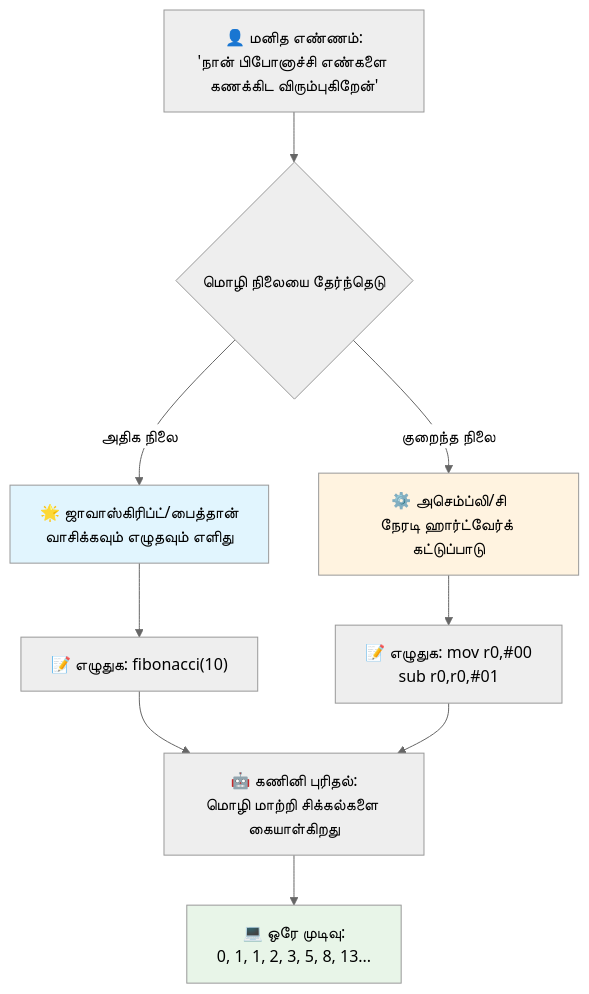
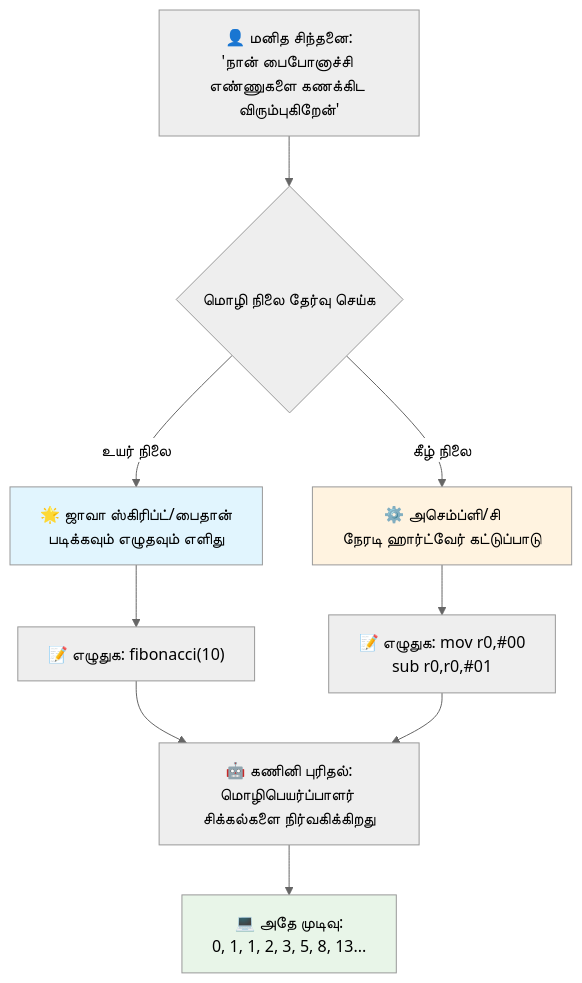
One commit to microsoft/Web-Dev-For-Beginners changed the third of 7 diagrams in translations/ta/1-getting-started-lessons/1-intro-to-programming-languages/README.md. Above: the diagram before and after it, drawn with Mermaid (neutral theme). The commit also changed other lines of this file and 11 other files, not shown here.

````diff
--- a/translations/ta/1-getting-started-lessons/1-intro-to-programming-languages/README.md
+++ b/translations/ta/1-getting-started-lessons/1-intro-to-programming-languages/README.md
@@ -148,19 +147,19 @@
 ```mermaid
 flowchart TB
-    A["👤 மனித எண்ணம்:<br/>'நான் பிபோனாச்சி எண்களை கணக்கிட விரும்புகிறேன்'"] --> B{மொழி நிலையை தேர்ந்தெடு}
+    A["👤 மனித சிந்தனை:<br/>'நான் பைபோனாச்சி எண்ணுகளை கணக்கிட விரும்புகிறேன்'"] --> B{மொழி நிலை தேர்வு செய்க}
     
-    B -->|அதிக நிலை| C["🌟 ஜாவாஸ்கிரிப்ட்/பைத்தான்<br/>வாசிக்கவும் எழுதவும் எளிது"]
-    B -->|குறைந்த நிலை| D["⚙️ அசெம்ப்லி/சி<br/>நேரடி ஹார்ட்வேர்க் கட்டுப்பாடு"]
+    B -->|உயர் நிலை| C["🌟 ஜாவா ஸ்கிரிப்ட்/பைதான்<br/>படிக்கவும் எழுதவும் எளிது"]
+    B -->|கீழ் நிலை| D["⚙️ அசெம்ப்ளி/சி<br/>நேரடி ஹார்ட்வேர் கட்டுப்பாடு"]
     
     C --> E["📝 எழுதுக: fibonacci(10)"]
     D --> F["📝 எழுதுக: mov r0,#00<br/>sub r0,r0,#01"]
     
-    E --> G["🤖 கணினி புரிதல்:<br/>மொழி மாற்றி சிக்கல்களை கையாள்கிறது"]
+    E --> G["🤖 கணினி புரிதல்:<br/>மொழிபெயர்ப்பாளர் சிக்கல்களை நிர்வகிக்கிறது"]
     F --> G
     
-    G --> H["💻 ஒரே முடிவு:<br/>0, 1, 1, 2, 3, 5, 8, 13..."]
+    G --> H["💻 அதே முடிவு:<br/>0, 1, 1, 2, 3, 5, 8, 13..."]
     
     style C fill:#e1f5fe
     style D fill:#fff3e0
     style H fill:#e8f5e8
 ```
````
